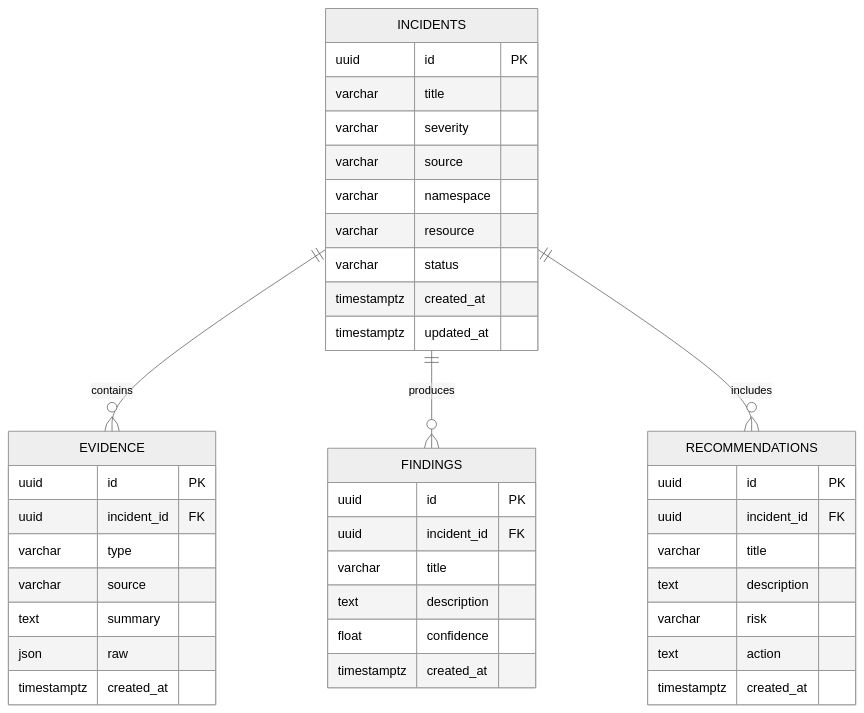
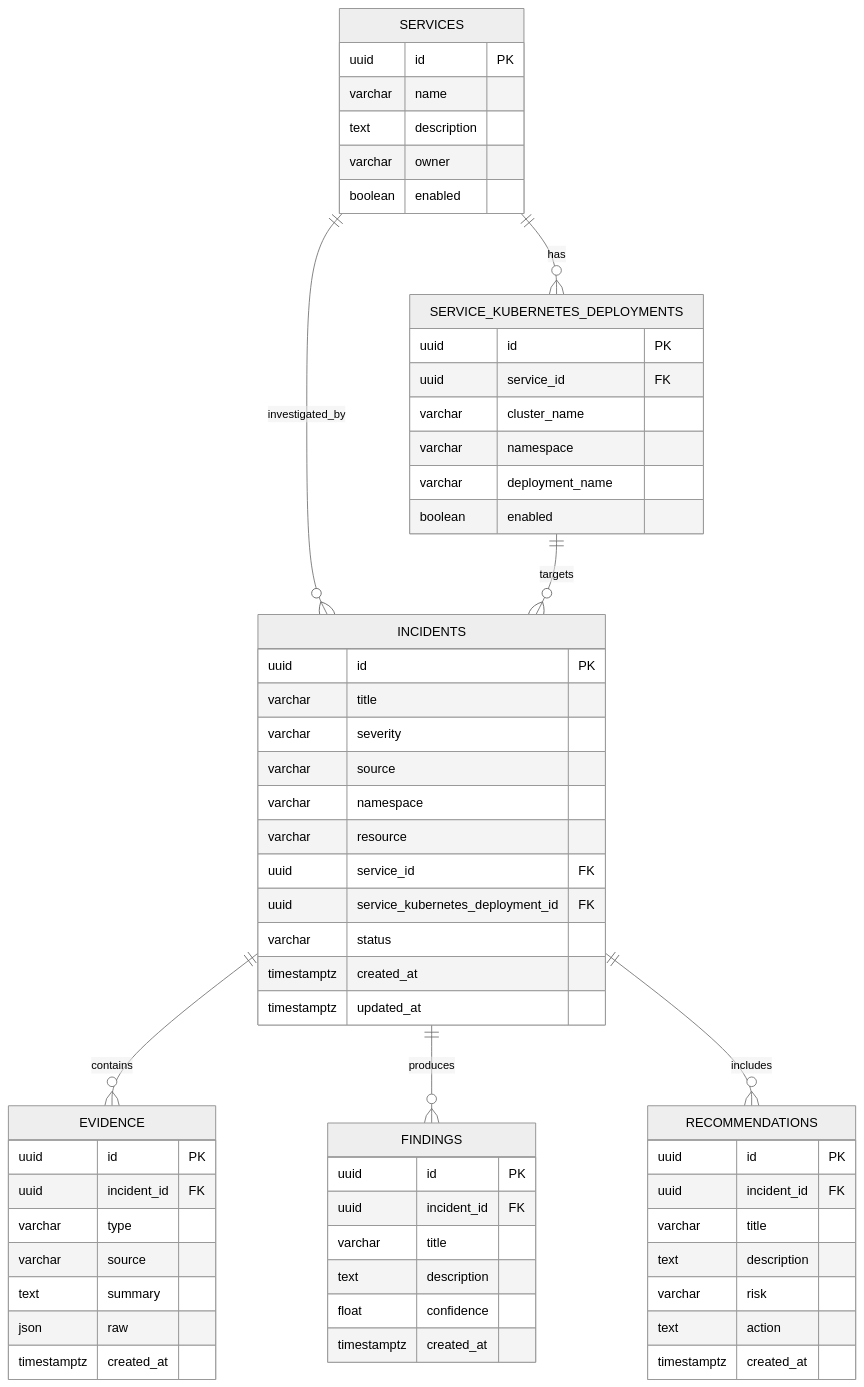
The diagram in docs/database-erd.md (hhojatansari/AriOps), drawn with Mermaid (neutral theme) before and after one commit. The commit also changed 19 other files, not shown here.

Commit message:
Add Kubernetes service catalog integration

````diff
--- a/docs/database-erd.md
+++ b/docs/database-erd.md
@@ -6,47 +6,69 @@
 ```mermaid
 erDiagram
+    SERVICES ||--o{ SERVICE_KUBERNETES_DEPLOYMENTS : has
+    SERVICES ||--o{ INCIDENTS : investigated_by
+    SERVICE_KUBERNETES_DEPLOYMENTS ||--o{ INCIDENTS : targets
     INCIDENTS ||--o{ EVIDENCE : contains
     INCIDENTS ||--o{ FINDINGS : produces
     INCIDENTS ||--o{ RECOMMENDATIONS : includes
+
+    SERVICES {
+        uuid id PK
+        varchar name
+        text description
+        varchar owner
+        boolean enabled
+    }
+
+    SERVICE_KUBERNETES_DEPLOYMENTS {
+        uuid id PK
+        uuid service_id FK
+        varchar cluster_name
+        varchar namespace
+        varchar deployment_name
+        boolean enabled
+    }
 
     INCIDENTS {
         uuid id PK
         varchar title
         varchar severity
         varchar source
         varchar namespace
         varchar resource
+        uuid service_id FK
+        uuid service_kubernetes_deployment_id FK
         varchar status
         timestamptz created_at
         timestamptz updated_at
     }
 
     EVIDENCE {
         uuid id PK
         uuid incident_id FK
         varchar type
         varchar source
         text summary
         json raw
         timestamptz created_at
     }
 
     FINDINGS {
         uuid id PK
         uuid incident_id FK
         varchar title
         text description
         float confidence
         timestamptz created_at
     }
 
     RECOMMENDATIONS {
         uuid id PK
         uuid incident_id FK
         varchar title
         text description
         varchar risk
         text action
         timestamptz created_at
     }
 ```
````
